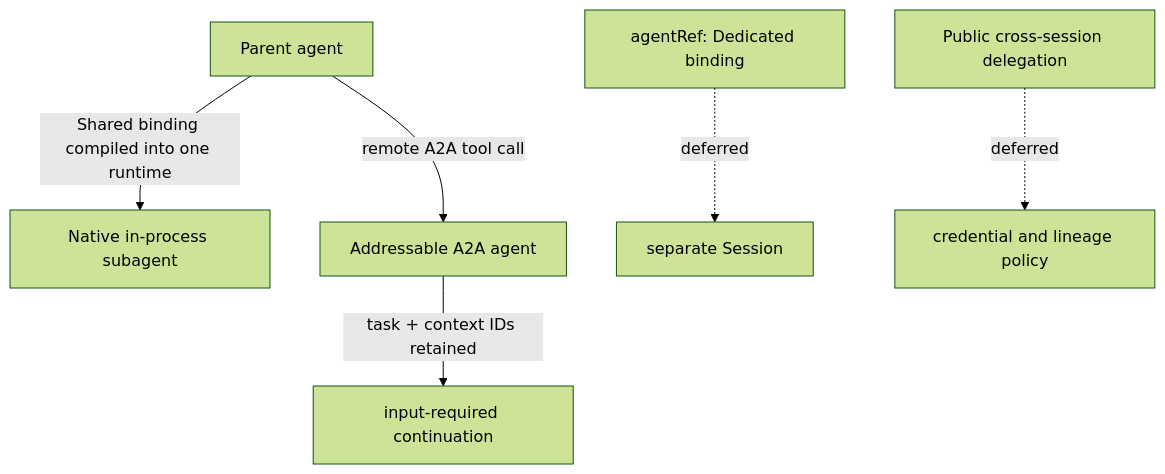
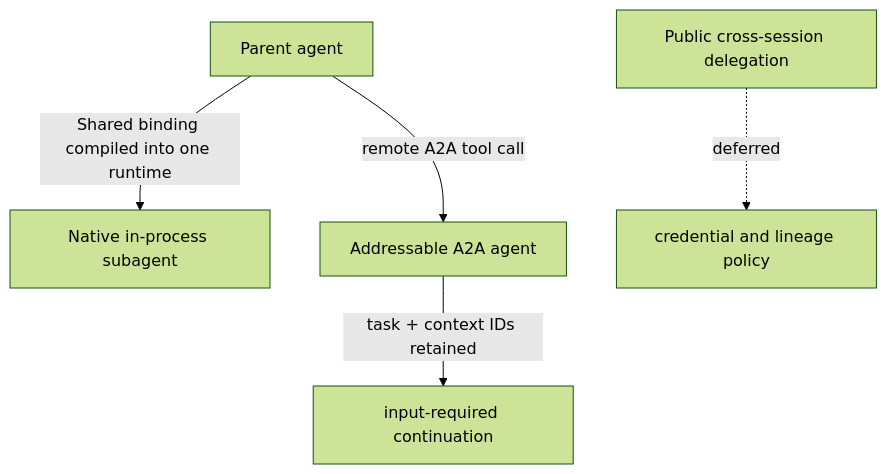
One commit to kagent-dev/kagent changed the diagram in docs/architecture/a2a-subagents.md. Above: the diagram before and after it, drawn with Mermaid (forest theme). The commit also changed other lines of this file and 66 other files, not shown here.

````diff
--- a/docs/architecture/a2a-subagents.md
+++ b/docs/architecture/a2a-subagents.md
@@ -5,9 +5,8 @@
 ```mermaid
 flowchart TB
     PARENT[Parent agent]
     PARENT -->|Shared binding compiled into one runtime| LOCAL[Native in-process subagent]
     PARENT -->|remote A2A tool call| REMOTE[Addressable A2A agent]
     REMOTE -->|task + context IDs retained| CONTINUE[input-required continuation]
-    DEDICATED[agentRef: Dedicated binding] -. deferred .-> SEPARATE[separate Session]
     PUBLIC[Public cross-session delegation] -. deferred .-> POLICY[credential and lineage policy]
 ```
````
